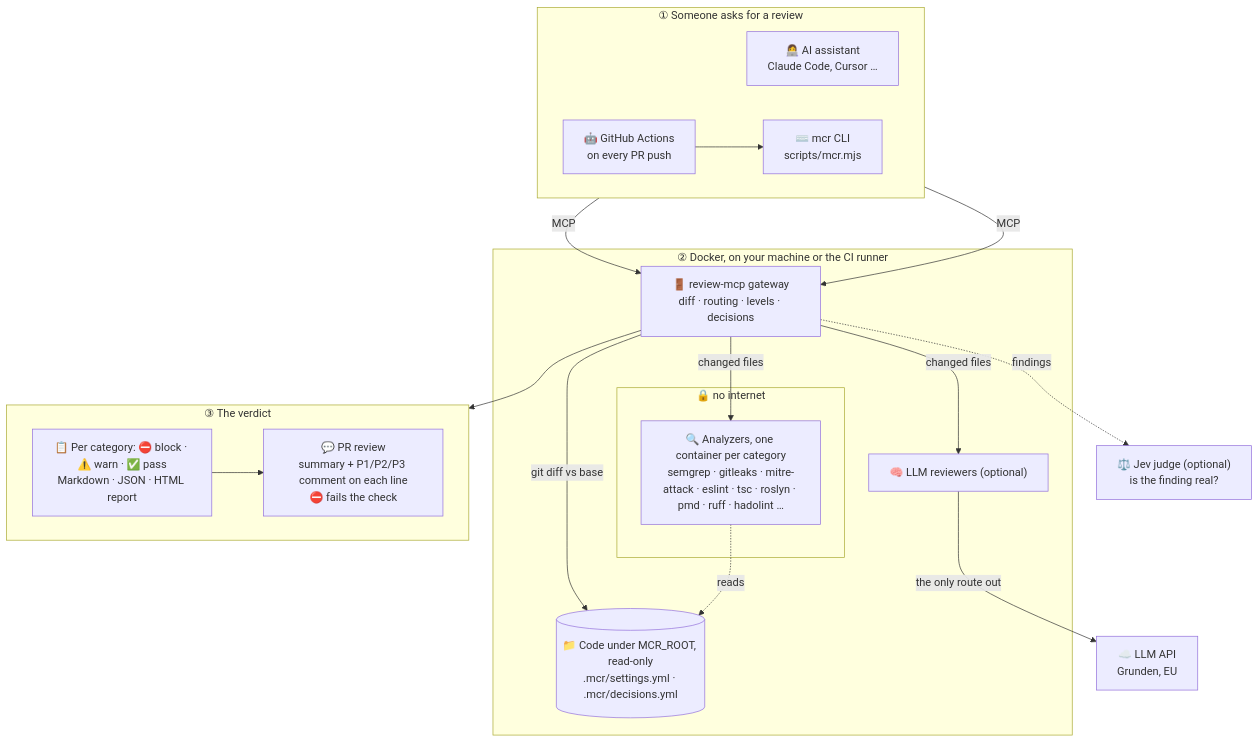
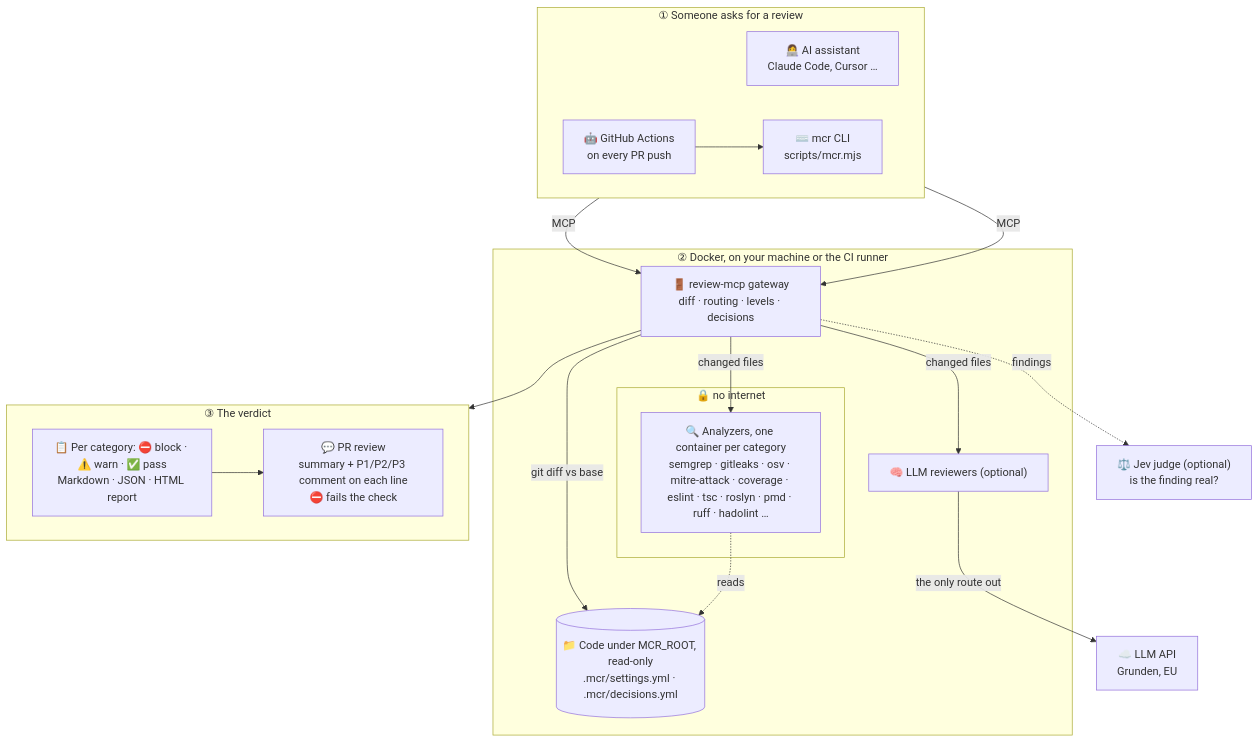
One commit to phassle/multi-code-review changed the diagram in README.md. Above: the diagram before and after it, drawn with Mermaid. The commit also changed other lines of this file and 1 other file, not shown here.

Commit message:
README: why quality must scale with volume; new analyzers and the gate

````diff
--- a/README.md
+++ b/README.md
@@ -70,39 +102,39 @@
 ```mermaid
 flowchart TB
     subgraph ask["① Someone asks for a review"]
         direction LR
         dev["👩‍💻 AI assistant<br/>Claude Code, Cursor …"]
         ci["🤖 GitHub Actions<br/>on every PR push"]
         cli["⌨️ mcr CLI<br/>scripts/mcr.mjs"]
         ci --> cli
     end
 
     subgraph box["② Docker, on your machine or the CI runner"]
         gw["🚪 review-mcp gateway<br/>diff · routing · levels · decisions"]
         repo[("📁 Code under MCR_ROOT, read-only<br/>.mcr/settings.yml · .mcr/decisions.yml")]
         subgraph net["🔒 no internet"]
-            an["🔍 Analyzers, one container per category<br/>semgrep · gitleaks · mitre-attack · eslint · tsc · roslyn · pmd · ruff · hadolint …"]
+            an["🔍 Analyzers, one container per category<br/>semgrep · gitleaks · osv · mitre-attack · coverage · eslint · tsc · roslyn · pmd · ruff · hadolint …"]
         end
         llm["🧠 LLM reviewers (optional)"]
     end
 
     api["☁️ LLM API<br/>Grunden, EU"]
     jev["⚖️ Jev judge (optional)<br/>is the finding real?"]
 
     subgraph result["③ The verdict"]
         direction LR
         md["📋 Per category: ⛔ block · ⚠️ warn · ✅ pass<br/>Markdown · JSON · HTML report"]
         pr["💬 PR review<br/>summary + P1/P2/P3 comment on each line<br/>⛔ fails the check"]
         md --> pr
     end
 
     dev -- MCP --> gw
     cli -- MCP --> gw
     gw -- git diff vs base --> repo
     gw -- changed files --> an
     an -. reads .-> repo
     gw -- changed files --> llm
     llm -- the only route out --> api
     gw -. findings .-> jev
     gw --> md
 ```
````
